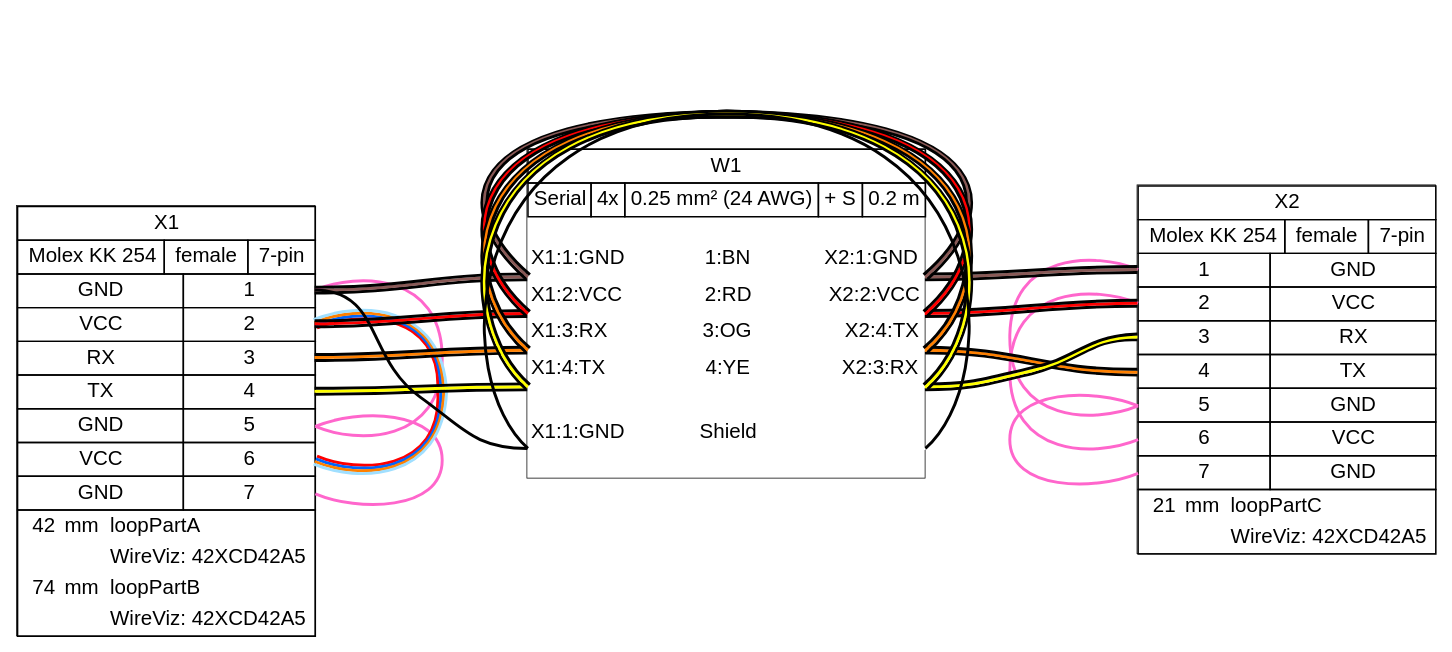
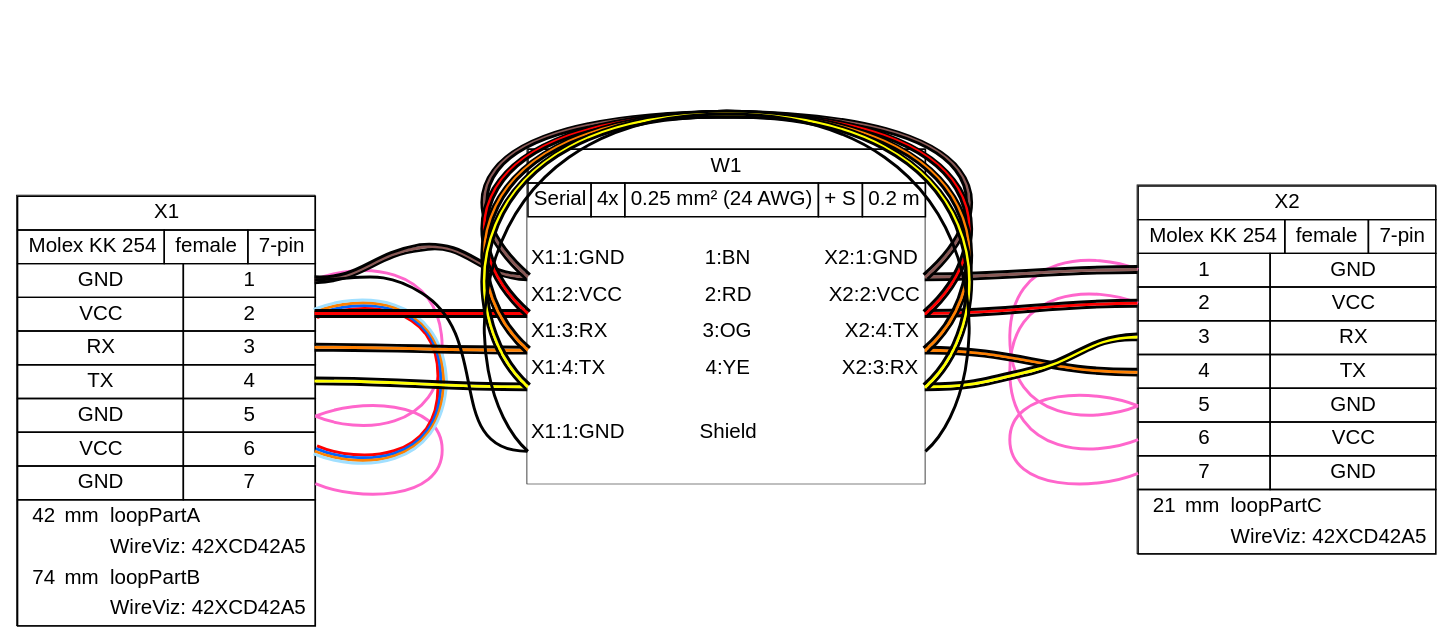
One commit to wireviz/WireViz changed the diagram in examples/ex16.gv. Above: the diagram before and after it, drawn with Graphviz. The commit also changed 103 other files, not shown here.

```diff
--- a/examples/ex16.gv
+++ b/examples/ex16.gv
@@ -31,37 +31,30 @@
    <table border="0" cellborder="1" cellpadding="3" cellspacing="0">
     <tr>
      <td>GND</td>
-     []
      <td port="p1r">1</td>
     </tr>
     <tr>
      <td>VCC</td>
-     []
      <td port="p2r">2</td>
     </tr>
     <tr>
      <td>RX</td>
-     []
      <td port="p3r">3</td>
     </tr>
     <tr>
      <td>TX</td>
-     []
      <td port="p4r">4</td>
     </tr>
     <tr>
      <td>GND</td>
-     []
      <td port="p5r">5</td>
     </tr>
     <tr>
      <td>VCC</td>
-     []
      <td port="p6r">6</td>
     </tr>
     <tr>
      <td>GND</td>
-     []
      <td port="p7r">7</td>
     </tr>
    </table>
@@ -131,37 +124,30 @@
     <tr>
      <td port="p1l">1</td>
      <td>GND</td>
-     []
     </tr>
     <tr>
      <td port="p2l">2</td>
      <td>VCC</td>
-     []
     </tr>
     <tr>
      <td port="p3l">3</td>
      <td>RX</td>
-     []
     </tr>
     <tr>
      <td port="p4l">4</td>
      <td>TX</td>
-     []
     </tr>
     <tr>
      <td port="p5l">5</td>
      <td>GND</td>
-     []
     </tr>
     <tr>
      <td port="p6l">6</td>
      <td>VCC</td>
-     []
     </tr>
     <tr>
      <td port="p7l">7</td>
      <td>GND</td>
-     []
     </tr>
    </table>
   </td>
@@ -228,19 +214,7 @@
      <td align="right">X2:1:GND </td>
     </tr>
     <tr>
-     <td border="0" cellspacing="0" cellpadding="0" colspan="5" height="6" port="w1">
-      <table border="0" cellborder="0" cellspacing="0">
-       <tr>
-        <td bgcolor="#FFFFFF" border="0" cellpadding="0" colspan="5" height="2"></td>
-       </tr>
-       <tr>
-        <td bgcolor="#FFFFFF" border="0" cellpadding="0" colspan="5" height="2"></td>
-       </tr>
-       <tr>
-        <td bgcolor="#FFFFFF" border="0" cellpadding="0" colspan="5" height="2"></td>
-       </tr>
-      </table>
-     </td>
+     <td border="0" cellspacing="0" cellpadding="0" colspan="5" height="6" port="w1"></td>
     </tr>
     <tr>
      <td align="left"> X1:2:VCC</td>
@@ -250,19 +224,7 @@
      <td align="right">X2:2:VCC </td>
     </tr>
     <tr>
-     <td border="0" cellspacing="0" cellpadding="0" colspan="5" height="6" port="w2">
-      <table border="0" cellborder="0" cellspacing="0">
-       <tr>
-        <td bgcolor="#FFFFFF" border="0" cellpadding="0" colspan="5" height="2"></td>
-       </tr>
-       <tr>
-        <td bgcolor="#FFFFFF" border="0" cellpadding="0" colspan="5" height="2"></td>
-       </tr>
-       <tr>
-        <td bgcolor="#FFFFFF" border="0" cellpadding="0" colspan="5" height="2"></td>
-       </tr>
-      </table>
-     </td>
+     <td border="0" cellspacing="0" cellpadding="0" colspan="5" height="6" port="w2"></td>
     </tr>
     <tr>
      <td align="left"> X1:3:RX</td>
@@ -272,19 +234,7 @@
      <td align="right">X2:4:TX </td>
     </tr>
     <tr>
-     <td border="0" cellspacing="0" cellpadding="0" colspan="5" height="6" port="w3">
-      <table border="0" cellborder="0" cellspacing="0">
-       <tr>
-        <td bgcolor="#FFFFFF" border="0" cellpadding="0" colspan="5" height="2"></td>
-       </tr>
-       <tr>
-        <td bgcolor="#FFFFFF" border="0" cellpadding="0" colspan="5" height="2"></td>
-       </tr>
-       <tr>
-        <td bgcolor="#FFFFFF" border="0" cellpadding="0" colspan="5" height="2"></td>
-       </tr>
-      </table>
-     </td>
+     <td border="0" cellspacing="0" cellpadding="0" colspan="5" height="6" port="w3"></td>
     </tr>
     <tr>
      <td align="left"> X1:4:TX</td>
@@ -294,19 +244,7 @@
      <td align="right">X2:3:RX </td>
     </tr>
     <tr>
-     <td border="0" cellspacing="0" cellpadding="0" colspan="5" height="6" port="w4">
-      <table border="0" cellborder="0" cellspacing="0">
-       <tr>
-        <td bgcolor="#FFFFFF" border="0" cellpadding="0" colspan="5" height="2"></td>
-       </tr>
-       <tr>
-        <td bgcolor="#FFFFFF" border="0" cellpadding="0" colspan="5" height="2"></td>
-       </tr>
-       <tr>
-        <td bgcolor="#FFFFFF" border="0" cellpadding="0" colspan="5" height="2"></td>
-       </tr>
-      </table>
-     </td>
+     <td border="0" cellspacing="0" cellpadding="0" colspan="5" height="6" port="w4"></td>
     </tr>
     <tr>
      <td>&nbsp;</td>
@@ -319,13 +257,7 @@
      <td align="right"> </td>
     </tr>
     <tr>
-     <td border="0" cellspacing="0" cellpadding="0" colspan="5" height="2" port="w5">
-      <table border="0" cellborder="0" cellspacing="0">
-       <tr>
-        <td bgcolor="#FFFFFF" border="0" cellpadding="0" colspan="5" height="2"></td>
-       </tr>
-      </table>
-     </td>
+     <td border="0" cellspacing="0" cellpadding="0" colspan="5" height="6" port="w5"></td>
     </tr>
     <tr>
      <td>&nbsp;</td>
```
